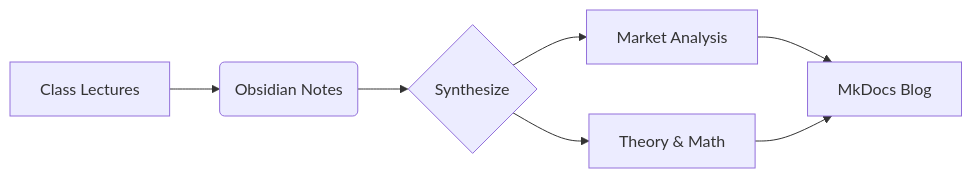
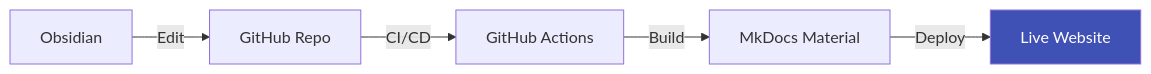
Before and after one commit to JermaineChen404/JermaineChen404.github.io: the diagram in docs/index.md, drawn with Mermaid. The commit also changed other lines of this file, not shown here.

````diff
--- a/docs/index.md
+++ b/docs/index.md
@@ -59,10 +63,9 @@
 ```mermaid
 graph LR
-  A[Class Lectures] --> B(Obsidian Notes);
-  B --> C{Synthesize};
-  C --> D[Market Analysis];
-  C --> E[Theory & Math];
-  D --> F[MkDocs Blog];
-  E --> F;
+  A[Obsidian] -- Edit --> B[GitHub Repo];
+  B -- CI/CD --> C[GitHub Actions];
+  C -- Build --> D[MkDocs Material];
+  D -- Deploy --> E[Live Website];
+  style E fill:#3f51b5,color:#fff
 
 ```
````
